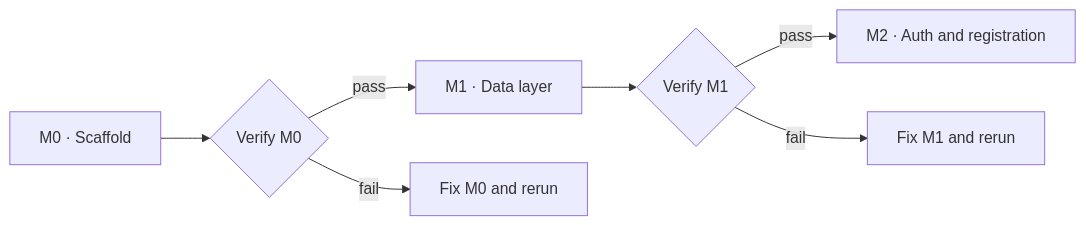
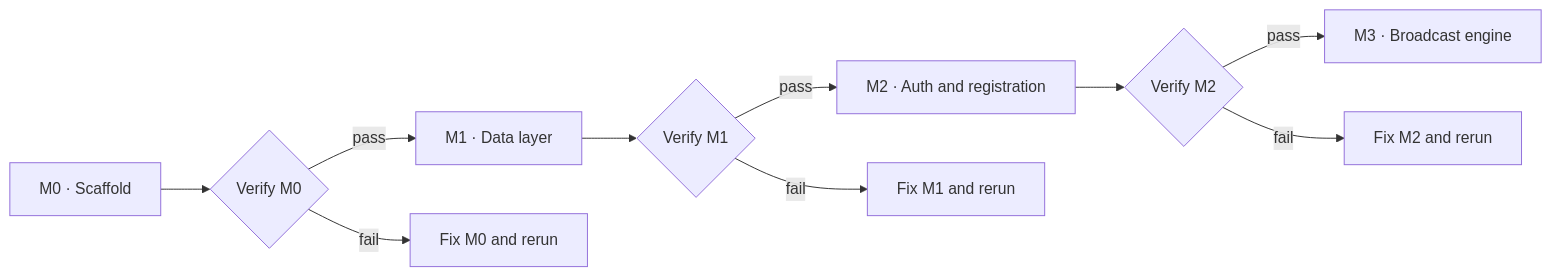
Before and after one commit to aneeskodappana/move-india: the diagram in docs/milestone-verification.md, drawn with Mermaid. The commit also changed other lines of this file and 1 other file, not shown here.

Commit message:
docs: record M2 verification pass

````diff
--- a/docs/milestone-verification.md
+++ b/docs/milestone-verification.md
@@ -5,9 +5,12 @@
 ```mermaid
 flowchart LR
     M0[M0 · Scaffold] --> V0{Verify M0}
     V0 -->|pass| M1[M1 · Data layer]
     V0 -->|fail| F0[Fix M0 and rerun]
     M1 --> V1{Verify M1}
     V1 -->|pass| M2[M2 · Auth and registration]
     V1 -->|fail| F1[Fix M1 and rerun]
+    M2 --> V2{Verify M2}
+    V2 -->|pass| M3[M3 · Broadcast engine]
+    V2 -->|fail| F2[Fix M2 and rerun]
 ```
````
